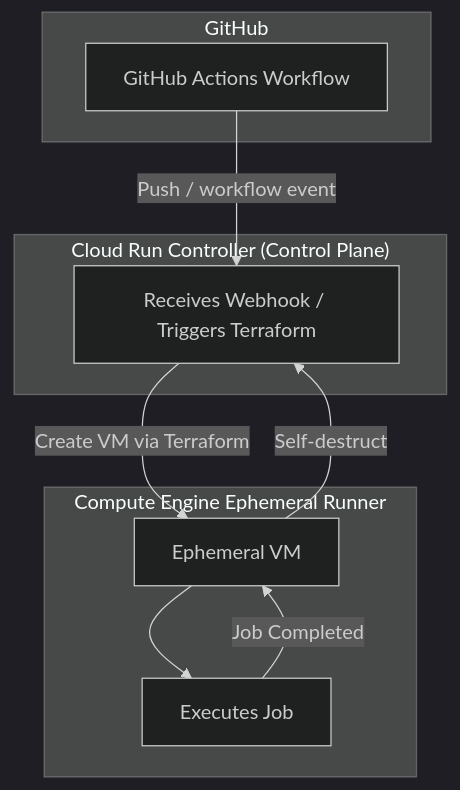
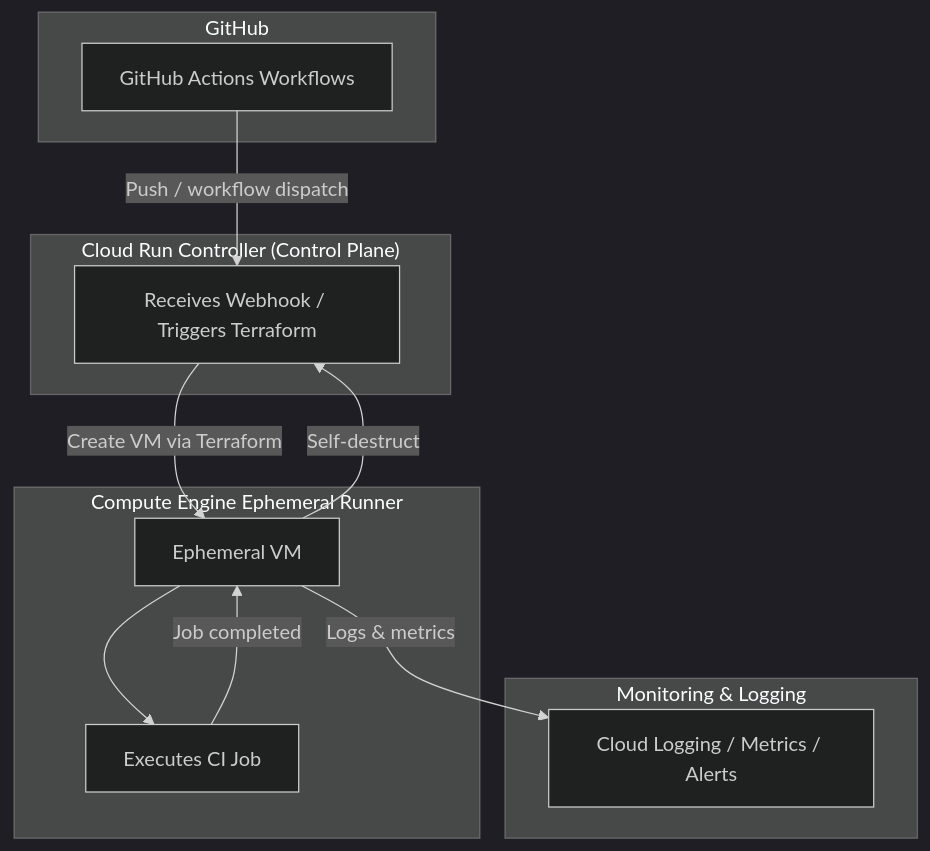
The second of 2 diagrams in README.md (DimitryZH/ci-build-platform), drawn with Mermaid (dark theme) before and after one commit. The commit also changed other lines of this file, not shown here.

````diff
--- a/README.md
+++ b/README.md
@@ -45,21 +60,26 @@
 ```mermaid
 flowchart TB
     subgraph GitHub
-        GH[GitHub Actions Workflow]
+        GH[GitHub Actions Workflows]
     end
 
-    subgraph Controller["Cloud Run Controller (Control Plane)" ]
+    subgraph Controller["Cloud Run Controller (Control Plane)"]
         CR[Receives Webhook / Triggers Terraform]
     end
 
     subgraph Runner["Compute Engine Ephemeral Runner"]
         VM[Ephemeral VM]
-        Job[Executes Job]
+        Job[Executes CI Job]
     end
 
-    GH -->|Push / workflow event| CR
+    subgraph Observability[Monitoring & Logging]
+        M[Cloud Logging / Metrics / Alerts]
+    end
+
+    GH -->|Push / workflow dispatch| CR
     CR -->|Create VM via Terraform| VM
     VM --> Job
-    Job -->|Job Completed| VM
+    Job -->|Job completed| VM
+    VM -->|Logs & metrics| M
     VM -->|Self-destruct| CR
 ```
````
